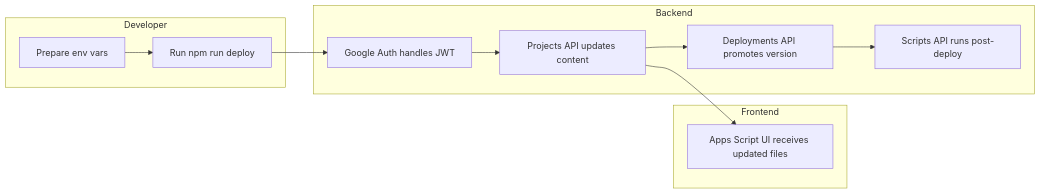
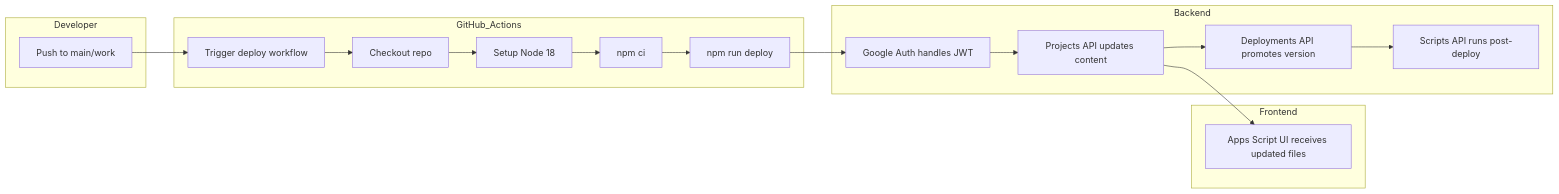
The fifth of 5 diagrams in README.md (muyueh/GAS), drawn with Mermaid before and after one commit. The commit also changed other lines of this file and 1 other file, not shown here.

Commit message:
Add GitHub Actions deploy workflow

````diff
--- a/README.md
+++ b/README.md
@@ -56,23 +87,33 @@
 ```mermaid
 flowchart LR
     subgraph Developer
-        A[Prepare env vars]
-        B[Run npm run deploy]
+        A[Push to main/work]
+    end
+    subgraph GitHub_Actions
+        B[Trigger deploy workflow]
+        C[Checkout repo]
+        D[Setup Node 18]
+        E[npm ci]
+        F[npm run deploy]
     end
     subgraph Frontend
-        C[Apps Script UI receives updated files]
+        G[Apps Script UI receives updated files]
     end
     subgraph Backend
-        D[Google Auth handles JWT]
-        E[Projects API updates content]
-        F[Deployments API promotes version]
-        G[Scripts API runs post-deploy]
+        H[Google Auth handles JWT]
+        I[Projects API updates content]
+        J[Deployments API promotes version]
+        K[Scripts API runs post-deploy]
     end
 
     A --> B
-    B --> D
+    B --> C
+    C --> D
     D --> E
-    E --> C
     E --> F
-    F --> G
+    F --> H
+    H --> I
+    I --> G
+    I --> J
+    J --> K
 ```
````
